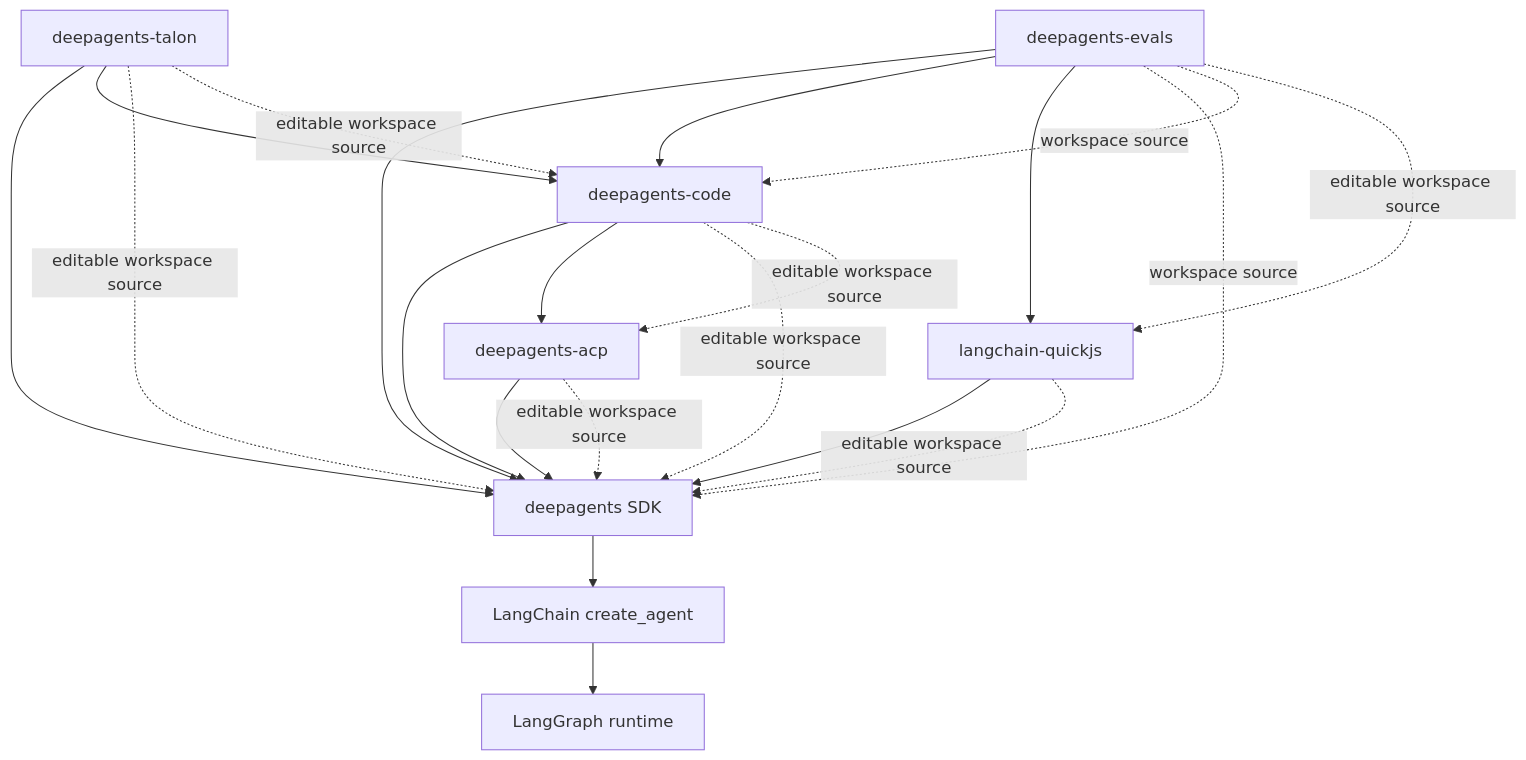
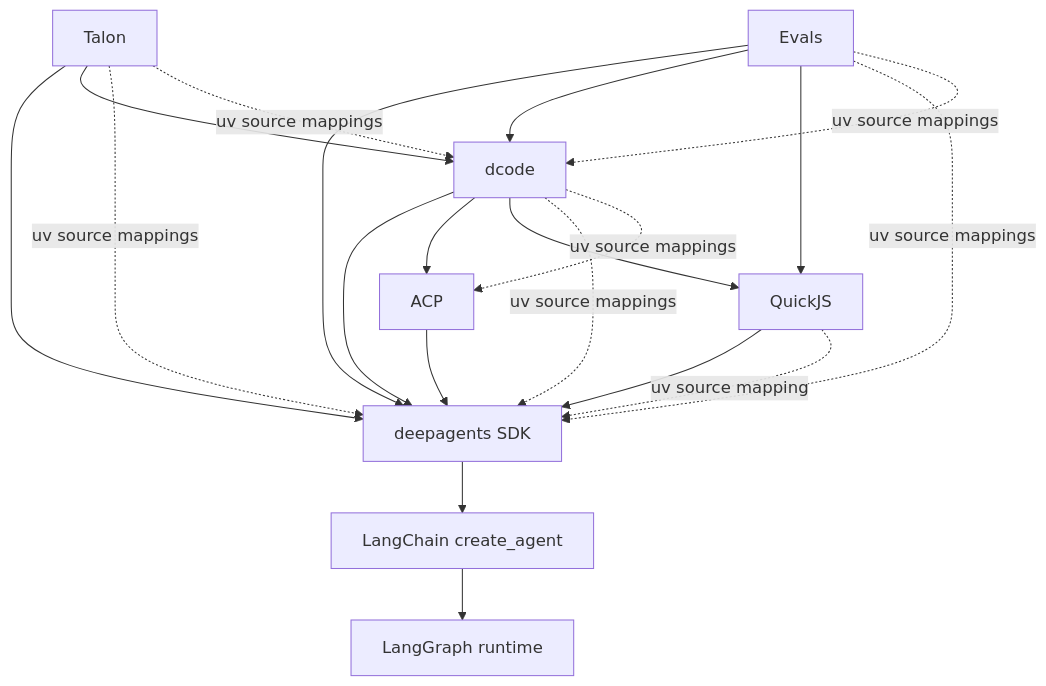
One commit to langchain-ai/deepagents changed the first of 3 diagrams in openwiki/architecture/overview.md. Above: the diagram before and after it, drawn with Mermaid. The commit also changed other lines of this file and 37 other files, not shown here.

````diff
--- a/openwiki/architecture/overview.md
+++ b/openwiki/architecture/overview.md
@@ -86,23 +93,22 @@
 ```mermaid
 flowchart TD
-  Dcode["deepagents-code"] --> SDK["deepagents SDK"]
-  Dcode --> ACP["deepagents-acp"]
+  Dcode["dcode"] --> SDK["deepagents SDK"]
+  Dcode --> ACP["ACP"]
+  Dcode --> QuickJS["QuickJS"]
   ACP --> SDK
-  Talon["deepagents-talon"] --> SDK
+  Talon["Talon"] --> SDK
   Talon --> Dcode
-  Evals["deepagents-evals"] --> SDK
+  Evals["Evals"] --> SDK
   Evals --> Dcode
-  Evals --> QuickJS["langchain-quickjs"]
+  Evals --> QuickJS
   QuickJS --> SDK
   SDK --> LangChain["LangChain create_agent"]
   LangChain --> LangGraph["LangGraph runtime"]
-  Dcode -. editable workspace source .-> SDK
-  Dcode -. editable workspace source .-> ACP
-  ACP -. editable workspace source .-> SDK
-  Talon -. editable workspace source .-> SDK
-  Talon -. editable workspace source .-> Dcode
-  Evals -. workspace source .-> SDK
-  Evals -. workspace source .-> Dcode
-  Evals -. editable workspace source .-> QuickJS
-  QuickJS -. editable workspace source .-> SDK
+  Dcode -. uv source mappings .-> SDK
+  Dcode -. uv source mappings .-> ACP
+  Talon -. uv source mappings .-> SDK
+  Talon -. uv source mappings .-> Dcode
+  Evals -. uv source mappings .-> SDK
+  Evals -. uv source mappings .-> Dcode
+  QuickJS -. uv source mapping .-> SDK
 ```
````
